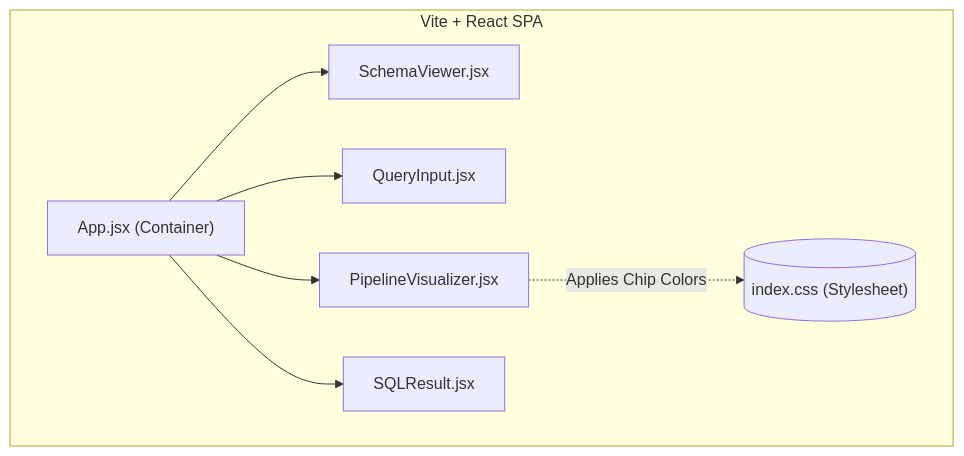
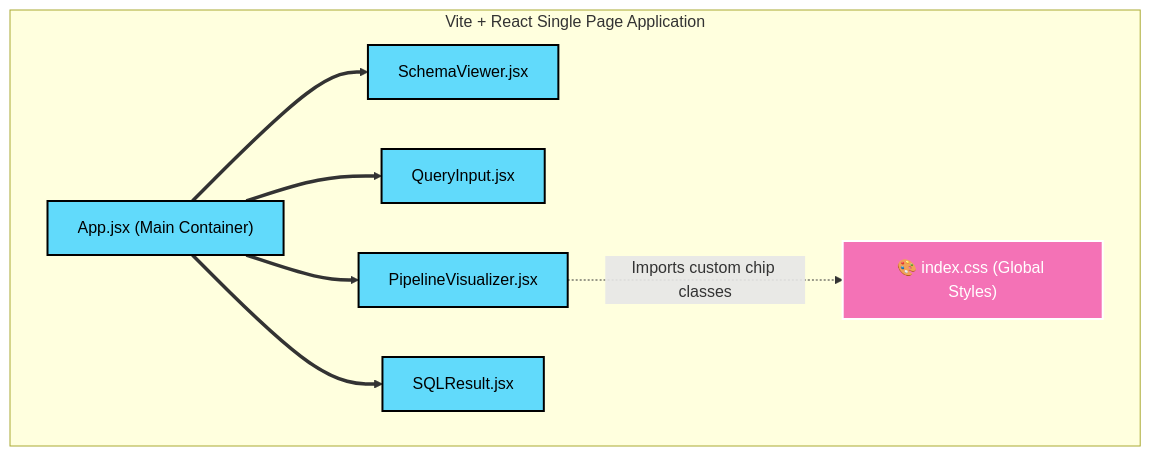
Before and after one commit to pavbhaji7/NLPTOSQL: the seventh of 8 diagrams in Report_Documentation/System_Architecture_Diagrams.md, drawn with Mermaid. The commit also changed other lines of this file, not shown here.

Commit message:
Diagram update

````diff
--- a/Report_Documentation/System_Architecture_Diagrams.md
+++ b/Report_Documentation/System_Architecture_Diagrams.md
@@ -181,20 +187,19 @@
 ```mermaid
-flowchart TD
-    subgraph SPA ["Vite + React SPA"]
-        App["App.jsx (Container)"]
+graph TD
+    classDef comp fill:#61dafb,stroke:#000,stroke-width:2px,color:#000;
+    classDef css fill:#f472b6,stroke:#fff,stroke-width:2px,color:#fff;
+
+    subgraph "Vite + React Single Page Application"
+        App["App.jsx (Main Container)"]:::comp
         
-        SchemaViewer["SchemaViewer.jsx"]
-        QueryInput["QueryInput.jsx"]
-        PipelineViz["PipelineVisualizer.jsx"]
-        SQLResult["SQLResult.jsx"]
+        SchemaViewer["SchemaViewer.jsx"]:::comp
+        QueryInput["QueryInput.jsx"]:::comp
+        PipelineViz["PipelineVisualizer.jsx"]:::comp
+        SQLResult["SQLResult.jsx"]:::comp
         
-        CSS[("index.css (Stylesheet)")]
+        CSS["🎨 index.css (Global Styles)"]:::css
     end
     
-    App --> SchemaViewer
-    App --> QueryInput
-    App --> PipelineViz
-    App --> SQLResult
-    
-    PipelineViz -. "Applies Chip Colors" .-> CSS
+    App ==> SchemaViewer & QueryInput & PipelineViz & SQLResult
+    PipelineViz -. "Imports custom chip classes" .-> CSS
 ```
````
